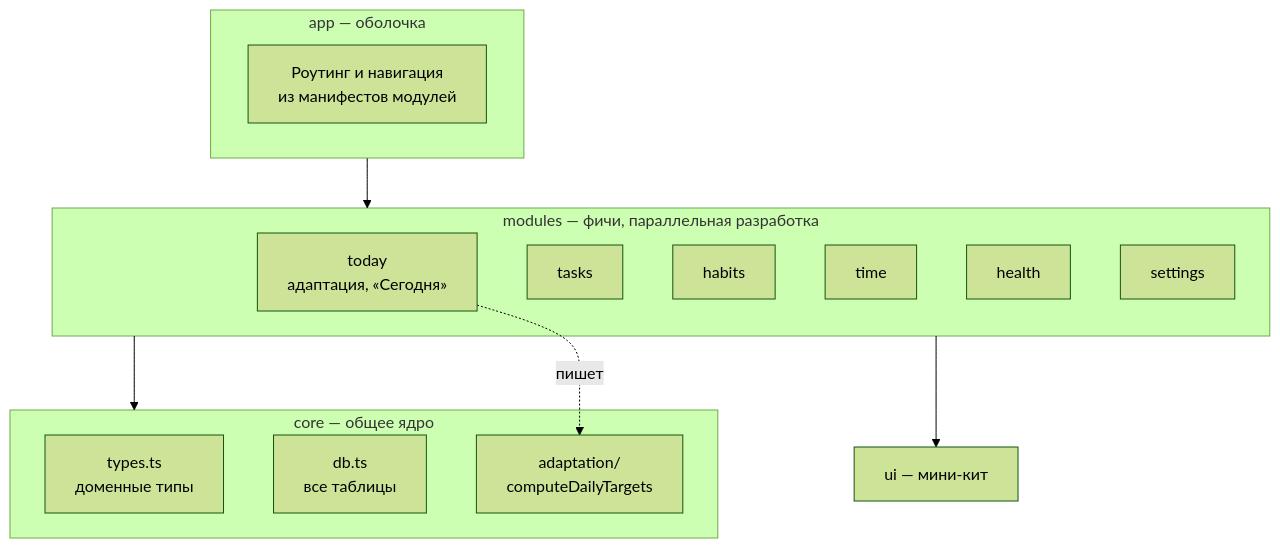
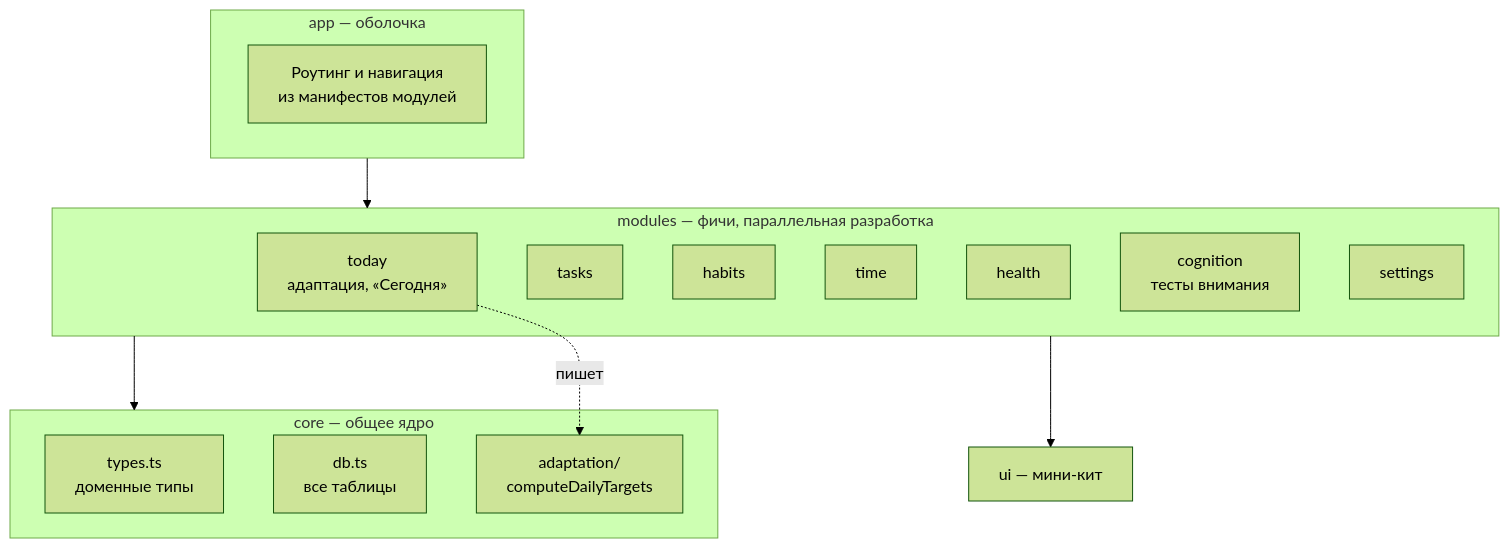
The second of 3 diagrams in docs/architecture.md (Manificento/Productivity), drawn with Mermaid (forest theme) before and after one commit. The commit also changed other lines of this file and 24 other files, not shown here.

````diff
--- a/docs/architecture.md
+++ b/docs/architecture.md
@@ -19,25 +19,26 @@
 ```mermaid
 flowchart TB
   subgraph shell[app — оболочка]
     router[Роутинг и навигация<br/>из манифестов модулей]
   end
   subgraph modules[modules — фичи, параллельная разработка]
     today[today<br/>адаптация, «Сегодня»]
     tasks[tasks]
     habits[habits]
     time[time]
     health[health]
+    cognition[cognition<br/>тесты внимания]
     settings[settings]
   end
   subgraph kernel[core — общее ядро]
     types[types.ts<br/>доменные типы]
     dbm[db.ts<br/>все таблицы]
     engine[adaptation/<br/>computeDailyTargets]
   end
   ui[ui — мини-кит]
 
   shell --> modules
   modules --> kernel
   modules --> ui
   today -. пишет .-> engine
 ```
````
